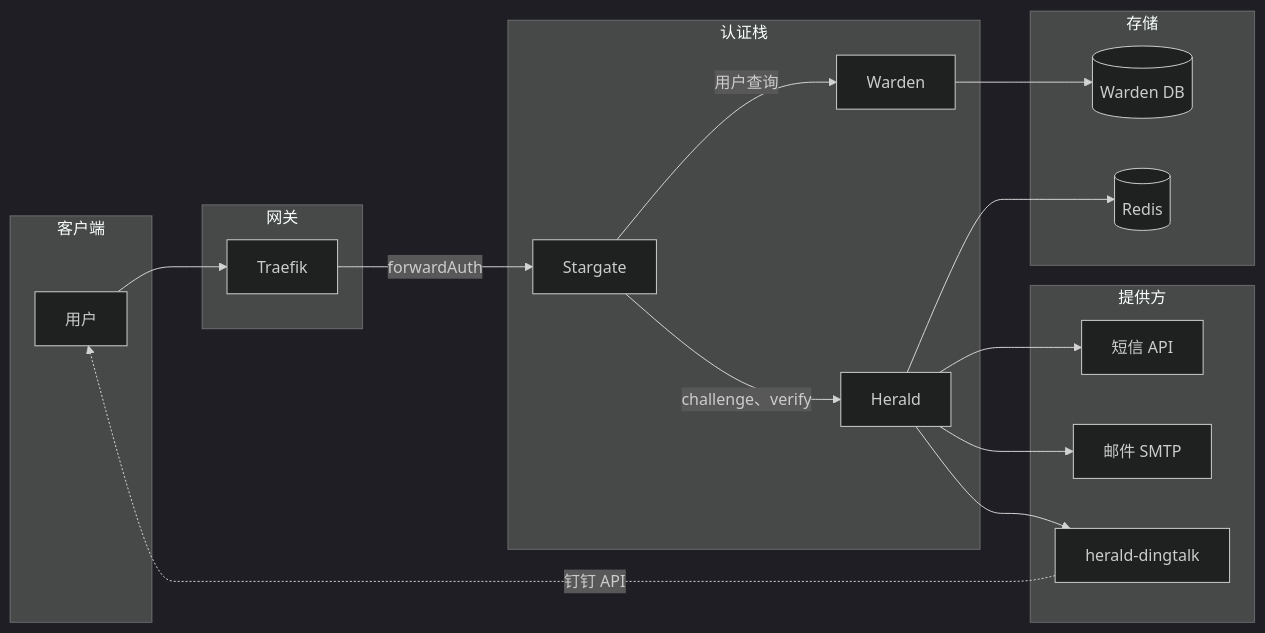
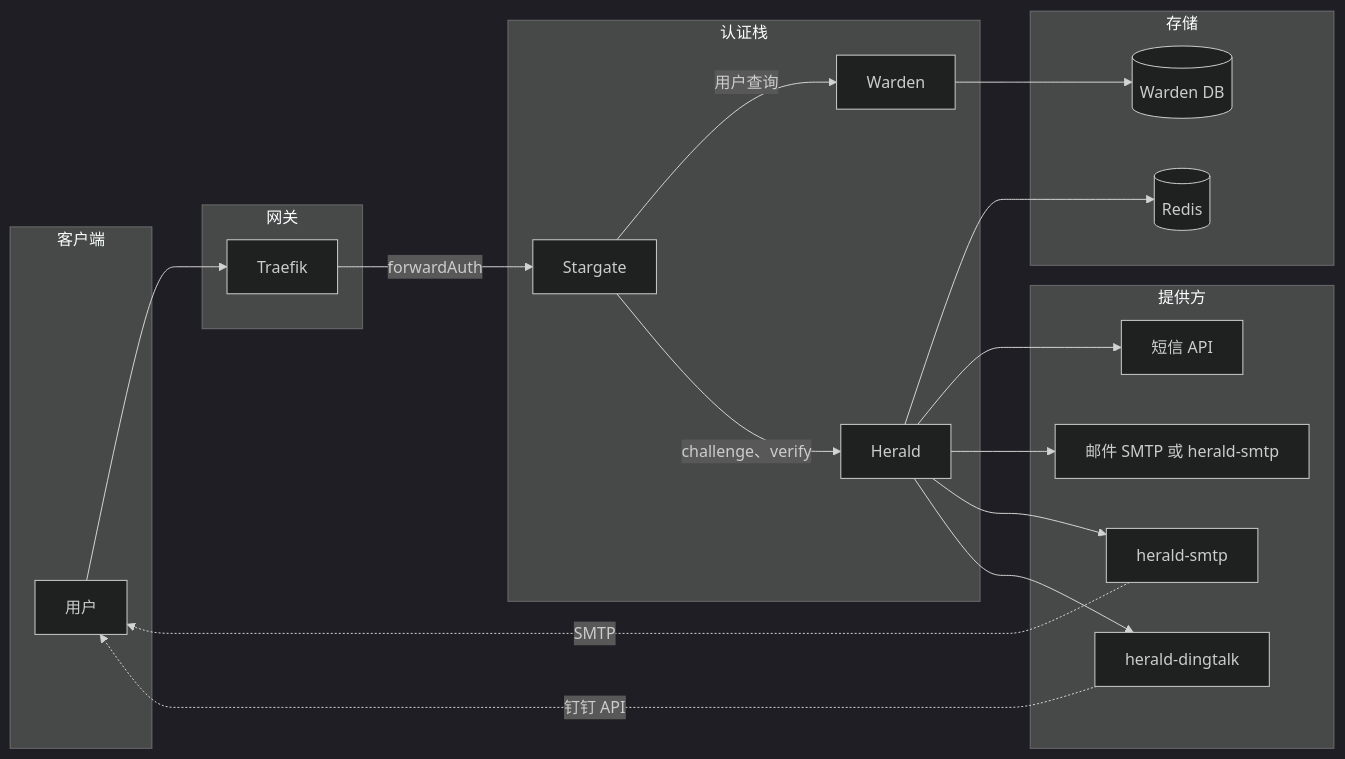
Before and after one commit to soulteary/herald: the diagram in docs/zhCN/ARCHITECTURE.md, drawn with Mermaid (dark theme). The commit also changed other lines of this file and 27 other files, not shown here.

Commit message:
feat: use herald-smtp

````diff
--- a/docs/zhCN/ARCHITECTURE.md
+++ b/docs/zhCN/ARCHITECTURE.md
@@ -11,38 +11,41 @@
 ```mermaid
 flowchart LR
   subgraph client [客户端]
     User[用户]
   end
 
   subgraph gateway [网关]
     Traefik[Traefik]
   end
 
   subgraph auth [认证栈]
     Stargate[Stargate]
     Warden[Warden]
     Herald[Herald]
   end
 
   subgraph storage [存储]
     Redis[(Redis)]
     DB[(Warden DB)]
   end
 
   subgraph providers [提供方]
     SMS[短信 API]
-    Email[邮件 SMTP]
+    Email[邮件 SMTP 或 herald-smtp]
+    HeraldSMTP[herald-smtp]
     HeraldDingtalk[herald-dingtalk]
   end
 
   User --> Traefik
   Traefik -->|forwardAuth| Stargate
   Stargate -->|用户查询| Warden
   Stargate -->|challenge、verify| Herald
   Warden --> DB
   Herald --> Redis
   Herald --> SMS
   Herald --> Email
+  Herald --> HeraldSMTP
   Herald --> HeraldDingtalk
+  HeraldSMTP -.->|SMTP| User
   HeraldDingtalk -.->|钉钉 API| User
 ```
````
